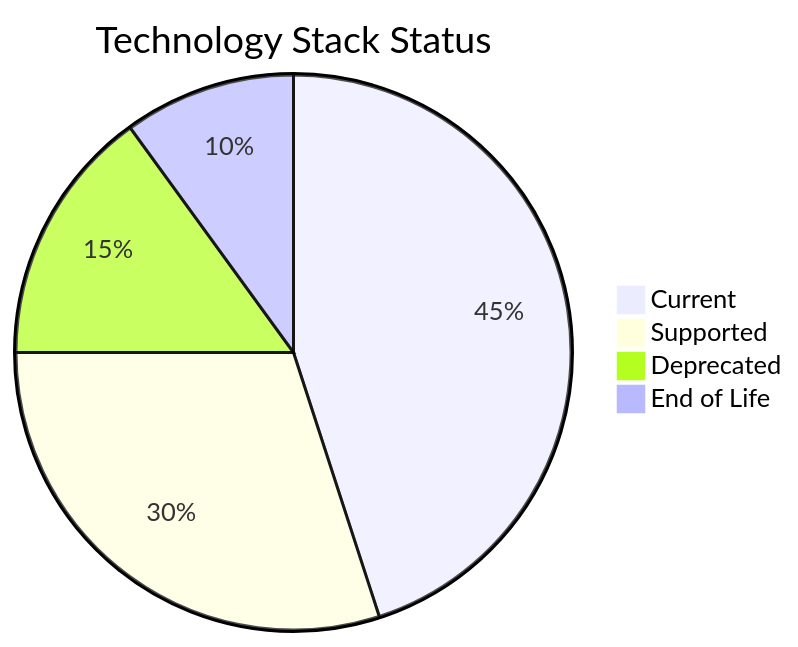
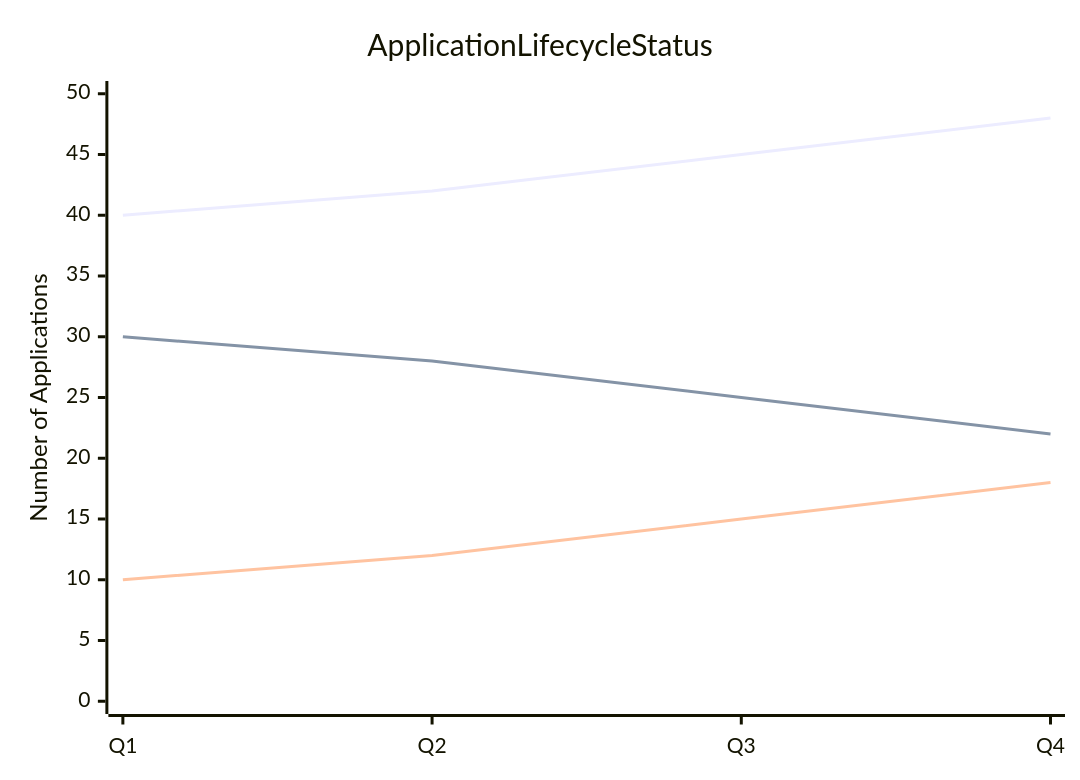
Before and after one commit to thoughtful-solutions/enterprise-architecture: the third of 5 diagrams in dashboard-ideas.md, drawn with Mermaid. The commit also changed other lines of this file, not shown here.

````diff
--- a/dashboard-ideas.md
+++ b/dashboard-ideas.md
@@ -153,7 +104,9 @@
 ```mermaid
-pie title Technology Stack Status
-    "Current" : 45
-    "Supported" : 30
-    "Deprecated" : 15
-    "End of Life" : 10
+xychart-beta
+    title Application Lifecycle Status
+    x-axis [Q1, Q2, Q3, Q4]
+    y-axis "Number of Applications" 0 --> 50
+    line "Active" [ 40, 42, 45, 48 ]
+    line "Maintenance" [30, 28, 25, 22]
+    line "End-of-Life" [10, 12, 15, 18] 
 ```
````
